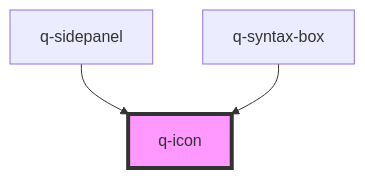
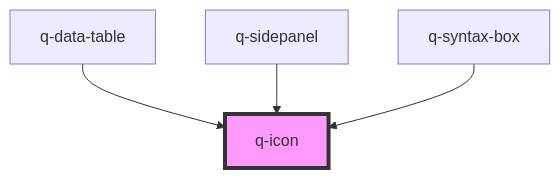
The diagram in src/components/media/icon/readme.md (XsAndre-L/WebQuark), drawn with Mermaid before and after one commit. The commit also changed other lines of this file and 18 other files, not shown here.

Commit message:
Add data table row actions and sorting

````diff
--- a/src/components/media/icon/readme.md
+++ b/src/components/media/icon/readme.md
@@ -39,6 +40,7 @@
 ```mermaid
 graph TD;
+  q-data-table --> q-icon
   q-sidepanel --> q-icon
   q-syntax-box --> q-icon
   style q-icon fill:#f9f,stroke:#333,stroke-width:4px
 ```
````
